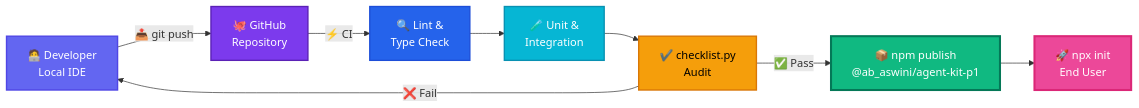
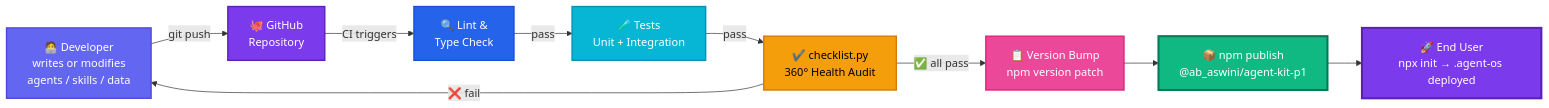
One commit to Ab-aswini/Agent-kit-P1 changed the seventh of 7 diagrams in README.md. Above: the diagram before and after it, drawn with Mermaid. The commit also changed other lines of this file and 52 other files, not shown here.

````diff
--- a/README.md
+++ b/README.md
@@ -457,21 +745,23 @@
 ```mermaid
 %%{init: {'theme': 'default'}}%%
 
 flowchart LR
-  DEV["🧑‍💻 Developer<br/>Local IDE"] -->|"📤 git push"| GH["🐙 GitHub<br/>Repository"]
-  GH -->|"⚡ CI"| LINT["🔍 Lint &<br/>Type Check"]
-  LINT --> TEST["🧪 Unit &<br/>Integration"]
-  TEST --> AUDIT["✔️ checklist.py<br/>Audit"]
-  AUDIT -->|"✅ Pass"| PUB["📦 npm publish<br/>@ab_aswini/agent-kit-p1"]
-  PUB --> NPX["🚀 npx init<br/>End User"]
+  DEV["🧑‍💻 Developer<br/>writes or modifies<br/>agents / skills / data"] -->|"git push"| GH["🐙 GitHub<br/>Repository"]
+  GH -->|"CI triggers"| LINT["🔍 Lint &<br/>Type Check"]
+  LINT -->|"pass"| TEST["🧪 Tests<br/>Unit + Integration"]
+  TEST -->|"pass"| AUDIT["✔️ checklist.py<br/>360° Health Audit"]
+  AUDIT -->|"✅ all pass"| VSN["📋 Version Bump<br/>npm version patch"]
+  VSN --> PUB["📦 npm publish<br/>@ab_aswini/agent-kit-p1"]
+  PUB --> USER["🚀 End User<br/>npx init → .agent-os deployed"]
 
-  AUDIT -->|"❌ Fail"| DEV
+  AUDIT -->|"❌ fail"| DEV
 
   style DEV fill:#6366F1,color:#fff,stroke:#4F46E5,stroke-width:2px
   style GH fill:#7C3AED,color:#fff,stroke:#5B21B6,stroke-width:2px
   style LINT fill:#2563EB,color:#fff,stroke:#1D4ED8,stroke-width:2px
   style TEST fill:#06B6D4,color:#fff,stroke:#0891B2,stroke-width:2px
   style AUDIT fill:#F59E0B,color:#000,stroke:#D97706,stroke-width:2px
+  style VSN fill:#EC4899,color:#fff,stroke:#DB2777,stroke-width:2px
   style PUB fill:#10B981,color:#fff,stroke:#047857,stroke-width:3px
-  style NPX fill:#EC4899,color:#fff,stroke:#DB2777,stroke-width:3px
+  style USER fill:#7C3AED,color:#fff,stroke:#5B21B6,stroke-width:3px
 ```
````
